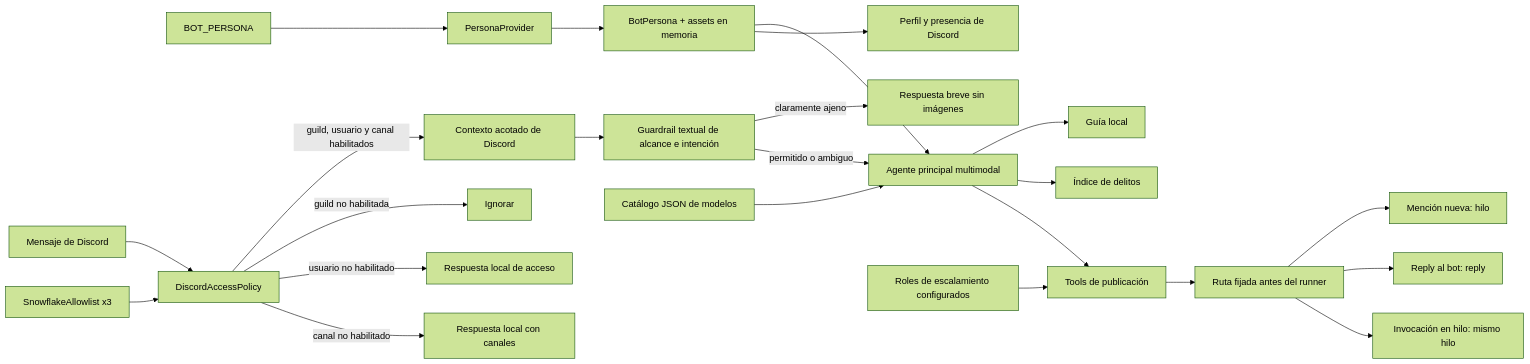
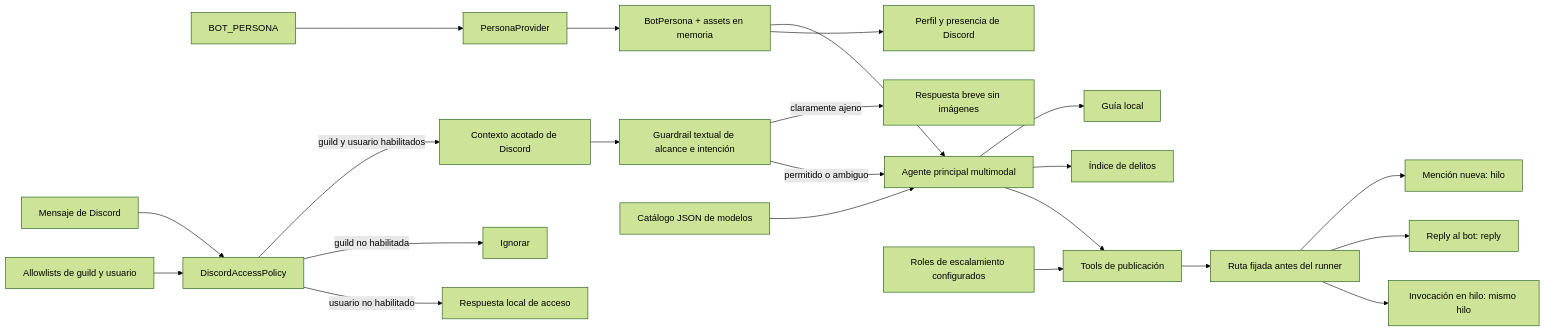
One commit to SouthViking/arrest-report-agent changed the diagram in docs/ARCHITECTURE.md. Above: the diagram before and after it, drawn with Mermaid (forest theme). The commit also changed other lines of this file and 15 other files, not shown here.

Commit message:
feat(discord): allow conversations across guild channels

````diff
--- a/docs/ARCHITECTURE.md
+++ b/docs/ARCHITECTURE.md
@@ -5,25 +5,24 @@
 ```mermaid
 flowchart LR
     V["BOT_PERSONA"] --> B["PersonaProvider"]
     B --> Q["BotPersona + assets en memoria"]
     Q --> R
     Q --> Y["Perfil y presencia de Discord"]
     M["Mensaje de Discord"] --> T["DiscordAccessPolicy"]
-    A["SnowflakeAllowlist x3"] --> T
-    T -->|"guild, usuario y canal habilitados"| C["Contexto acotado de Discord"]
+    A["Allowlists de guild y usuario"] --> T
+    T -->|"guild y usuario habilitados"| C["Contexto acotado de Discord"]
     T -->|"guild no habilitada"| I["Ignorar"]
     T -->|"usuario no habilitado"| U["Respuesta local de acceso"]
-    T -->|"canal no habilitado"| W["Respuesta local con canales"]
     C --> S["Guardrail textual de alcance e intención"]
     S -->|"claramente ajeno"| O["Respuesta breve sin imágenes"]
     S -->|"permitido o ambiguo"| R["Agente principal multimodal"]
     J["Catálogo JSON de modelos"] --> R
     R --> G["Guía local"]
     R --> D["Índice de delitos"]
     R --> P["Tools de publicación"]
     E["Roles de escalamiento configurados"] --> P
     P --> X["Ruta fijada antes del runner"]
     X --> H["Mención nueva: hilo"]
     X --> N["Reply al bot: reply"]
     X --> F["Invocación en hilo: mismo hilo"]
 ```
````
